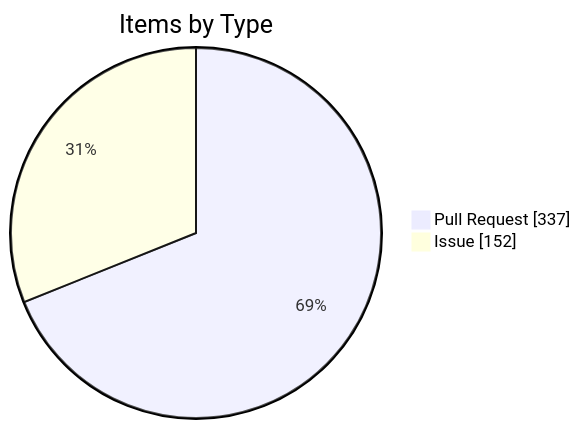
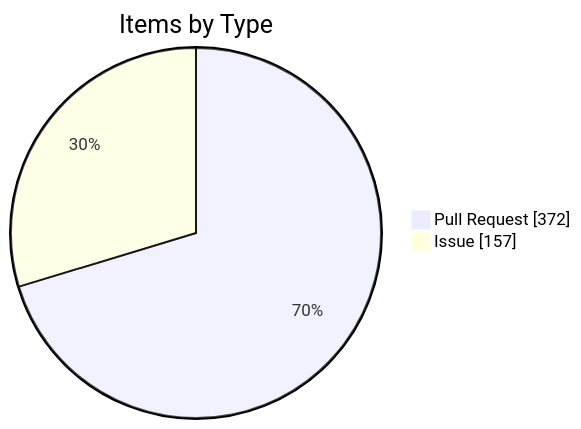
Before and after one commit to KBVE/kbve: the fourth of 4 diagrams in apps/kbve/astro-kbve/src/content/docs/dashboard/kanban-data.mdx, drawn with Mermaid. The commit also changed other lines of this file and 8 other files, not shown here.

````diff
--- a/apps/kbve/astro-kbve/src/content/docs/dashboard/kanban-data.mdx
+++ b/apps/kbve/astro-kbve/src/content/docs/dashboard/kanban-data.mdx
@@ -115,6 +116,6 @@
 ```mermaid
 pie showData
     title Items by Type
-    "Pull Request" : 337
-    "Issue" : 152
+    "Pull Request" : 372
+    "Issue" : 157
 ```
````
